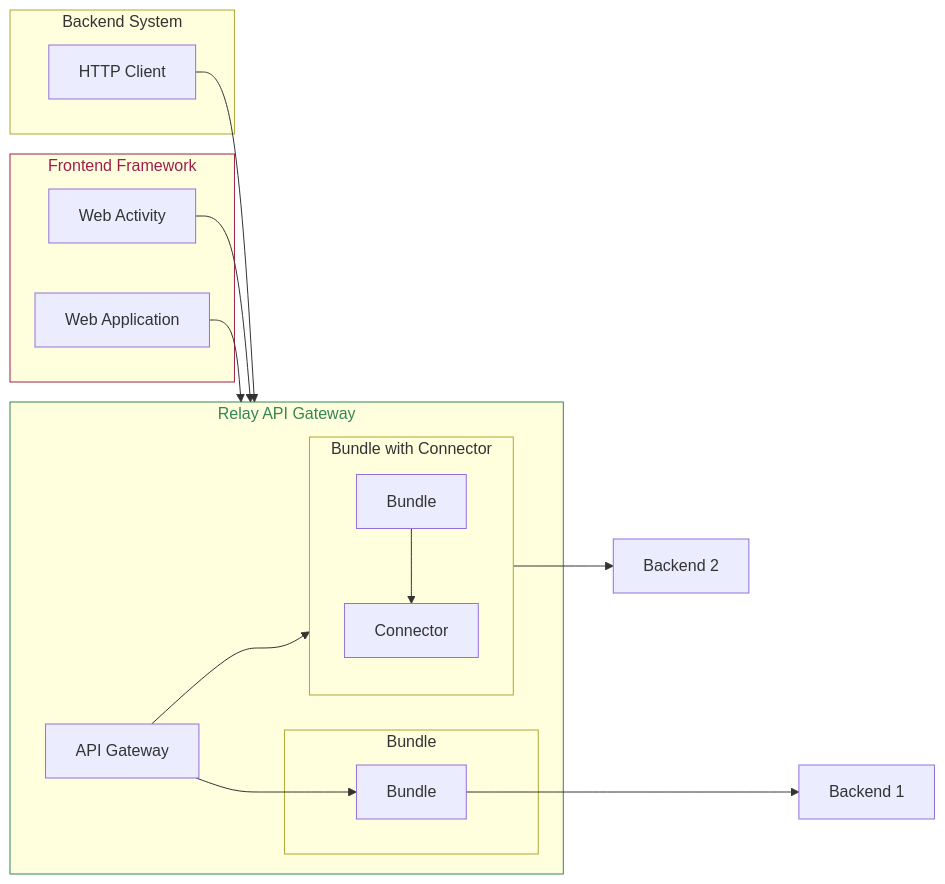
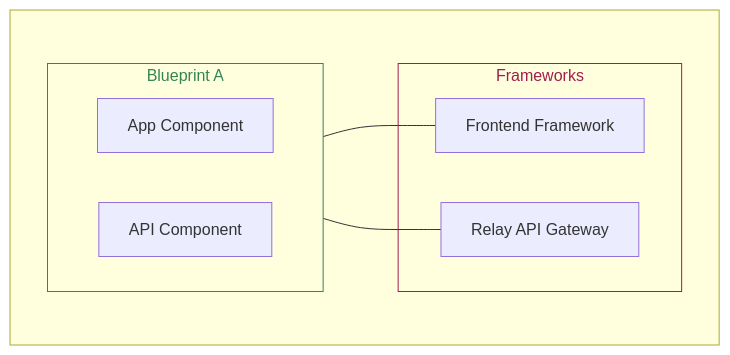
The second of 3 diagrams in docs/index.md (digital-blueprint/handbook), drawn with Mermaid before and after one commit. The commit also changed other lines of this file and 132 other files, not shown here.

````diff
--- a/docs/index.md
+++ b/docs/index.md
@@ -6,41 +41,23 @@
 ```mermaid
 flowchart LR
-    style gateway stroke:#338555,color:#338555
-    style frontend stroke:#9e1e4d,color:#9e1e4d
+    style blueprint_a stroke:#338555,color:#338555
+    style frameworks stroke:#9e1e4d,color:#9e1e4d
 
-    subgraph frontend["Frontend Framework"]
-        webapp["Web Application"]
-        activitiy["Web Activity"]
+    subgraph " "
+      direction LR
+
+      subgraph frameworks["Frameworks"]
+          frontend["Frontend Framework"]
+          backend["Relay API Gateway"]
+      end
+
+      subgraph blueprint_a ["Blueprint A"]
+          direction LR
+          component_1["App Component"]
+          component_2["API Component"]
+      end
     end
 
-    subgraph system["Backend System"]
-        apiclient["HTTP Client"]
-    end
-
-    subgraph gateway["Relay API Gateway"]
-        api["API Gateway"]
-        subgraph bundle_1["Bundle"]
-          bundle_1a["Bundle"]
-        end
-        subgraph bundle_2["Bundle with Connector"]
-          direction TB
-          bundle_2a["Bundle 2"]
-          connector["Connector"]
-        end
-    end
-
-    backend_1["Backend 1"]
-    backend_2["Backend 2"]
-    
-    bundle_1a ---> backend_1
-    connector --> backend_2
-
-    api --> bundle_1a
-    api --> bundle_2a
-
-    webapp --> gateway
-    activitiy --> gateway
-    apiclient --> gateway
-
-    bundle_2a["Bundle"] --> connector["Connector"]
+    component_1 --- frontend
+    component_2 --- backend
 ```
````
